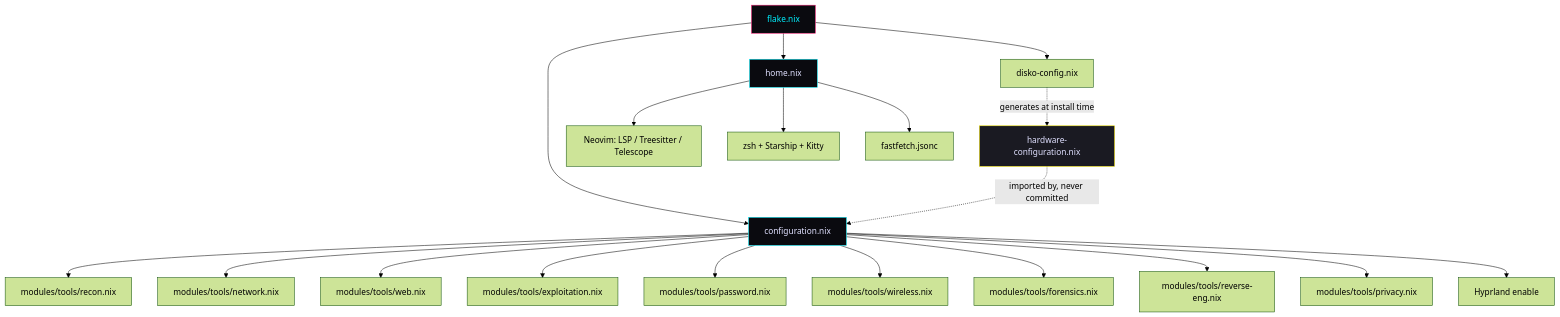
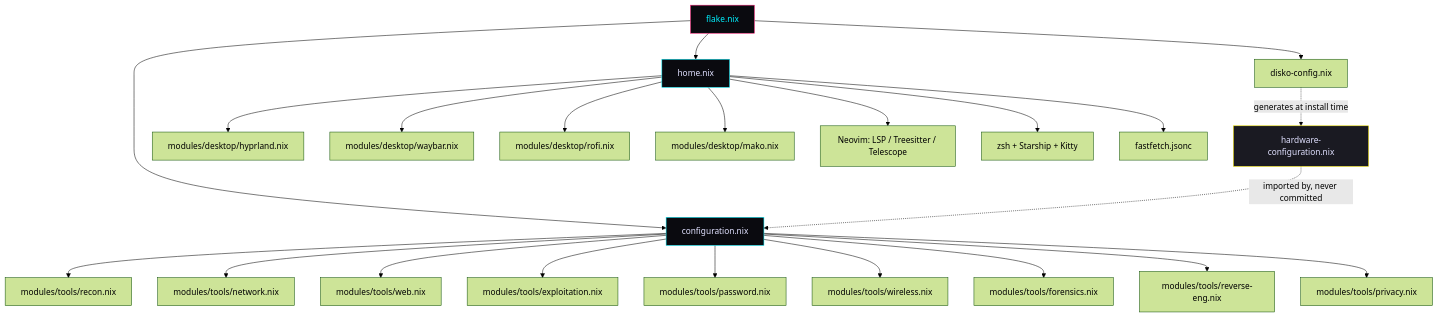
The first of 2 diagrams in README.md (Torist12/cybersec-nixos), drawn with Mermaid (forest theme) before and after one commit. The commit also changed other lines of this file and 5 other files, not shown here.

````diff
--- a/README.md
+++ b/README.md
@@ -68,29 +60,32 @@
 ```mermaid
 graph TD
     F[flake.nix] --> D[disko-config.nix]
     F --> C[configuration.nix]
     F --> H[home.nix]
 
     D -.generates at install time.-> HW[hardware-configuration.nix]
     HW -.imported by, never committed.-> C
 
     C --> M1[modules/tools/recon.nix]
     C --> M2[modules/tools/network.nix]
     C --> M3[modules/tools/web.nix]
     C --> M4[modules/tools/exploitation.nix]
     C --> M5[modules/tools/password.nix]
     C --> M6[modules/tools/wireless.nix]
     C --> M7[modules/tools/forensics.nix]
     C --> M8[modules/tools/reverse-eng.nix]
     C --> M9[modules/tools/privacy.nix]
-    C --> HY[Hyprland enable]
 
+    H --> D1[modules/desktop/hyprland.nix]
+    H --> D2[modules/desktop/waybar.nix]
+    H --> D3[modules/desktop/rofi.nix]
+    H --> D4[modules/desktop/mako.nix]
     H --> NV[Neovim: LSP / Treesitter / Telescope]
     H --> SH[zsh + Starship + Kitty]
     H --> FF[fastfetch.jsonc]
 
     style F fill:#0A0A0F,stroke:#FF2079,color:#00F0FF
     style HW fill:#1A1A22,stroke:#F9E900,color:#E0E0FF
     style C fill:#0A0A0F,stroke:#00F0FF,color:#E0E0FF
     style H fill:#0A0A0F,stroke:#00F0FF,color:#E0E0FF
 ```
````
